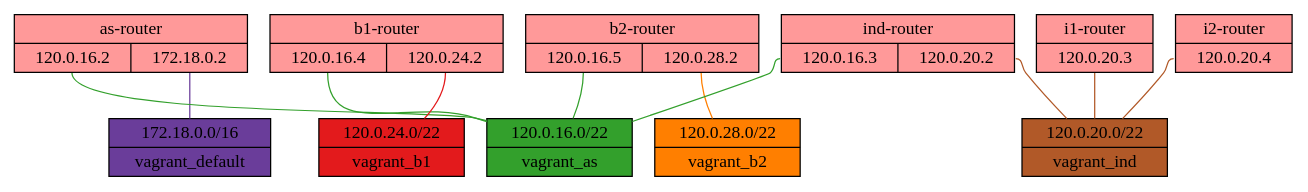
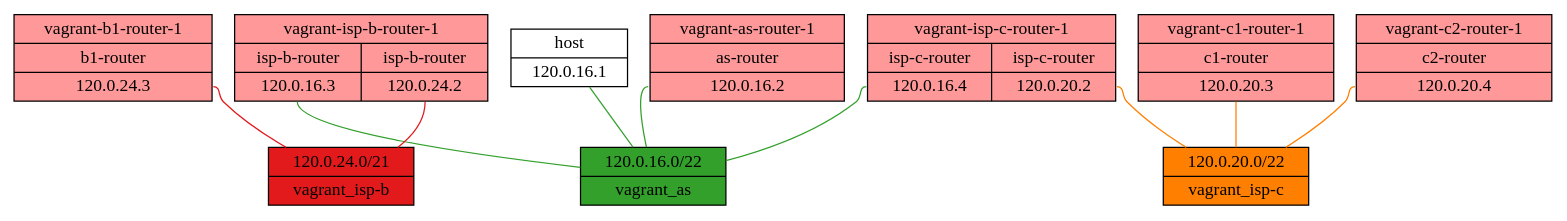
One commit to NextFire-N7/projet-interco changed the diagram in network.dot. Above: the diagram before and after it, drawn with Graphviz. The commit also changed 6 other files, not shown here.

```diff
--- a/network.dot
+++ b/network.dot
@@ -1,27 +1,25 @@
 # https://github.com/LeoVerto/docker-network-graph
 # https://dreampuf.github.io/GraphvizOnline/
 // Docker Network Graph
 graph {
     graph [splines=true]
-    network_vagrant_default [label="{<gw_iface> 172.18.0.0/16 | vagrant_default}" fillcolor="#6a3d9a" shape=record style=filled]
     network_vagrant_as [label="{<gw_iface> 120.0.16.0/22 | vagrant_as}" fillcolor="#33a02c" shape=record style=filled]
-    network_vagrant_b1 [label="{<gw_iface> 120.0.24.0/22 | vagrant_b1}" fillcolor="#e31a1c" shape=record style=filled]
-    network_vagrant_b2 [label="{<gw_iface> 120.0.28.0/22 | vagrant_b2}" fillcolor="#ff7f00" shape=record style=filled]
-    network_vagrant_ind [label="{<gw_iface> 120.0.20.0/22 | vagrant_ind}" fillcolor="#b15928" shape=record style=filled]
-    container_94639efef6af9bc81b43ac01e9411e8b4b97b6d1c377c703d4fd4b51c6c526e0 [label="{ as-router | { {<90d41626e48d83ead48fdd81927ce5f19c1b63fb81a35a62878c40a24300415b> 120.0.16.2 } | {<fe1ef3e69c0ba39441c9320369e1f7e9185e9d3199c4e52b6daeb23b2be38f64> 172.18.0.2 } } }" fillcolor="#ff9999" shape=record style=filled]
-    container_a895f2c36a053da53e21c8e72e69a24adc1541a5e5c9349e21762ded24c2bd8a [label="{ b1-router | { {<7f0add78951f739c4037ffef57164e2e13be1b938d7a4d199da67cfc453d9a52> 120.0.16.4 } | {<a541cf95ab9d1b4a625a4c38ad406b99d5818799133414390f2c5fa4b75dbd70> 120.0.24.2 } } }" fillcolor="#ff9999" shape=record style=filled]
-    container_03d92f9dab59406a7c3d5e4e8ac75b2011fbe380d52b2bf1ee6d51683196c5c6 [label="{ b2-router | { {<e40a593bb2a0cbec8e87cd23be0400ff9db0c52f9296a91f4cadf8f55f64a705> 120.0.16.5 } | {<da7a155d7b28e196e03121f9e9181f5e66de54068d9823d6af6d840aaa87c125> 120.0.28.2 } } }" fillcolor="#ff9999" shape=record style=filled]
-    container_4bb8f097b1184ce2111c54ac5271e0bfda8fdff2a31e23c261d30d473f637bc3 [label="{ ind-router | { {<b4d50510bf4151190b71e1dff248f81d269b765f91466fb8fdec8f84f1a10c1d> 120.0.16.3 } | {<1c1c72a1a566856cb031275db3620dd2c84822dc7387f6594631e578eb92cc49> 120.0.20.2 } } }" fillcolor="#ff9999" shape=record style=filled]
-    container_1d0d81aad155caa558934ecc67977a978f9a6567368cb986e62f05b99d05fb1d [label="{ i1-router | { {<319ce3cc1a2b068ad635a4c2903ffca27ddf1287f5d04b32178a15614a622bc8> 120.0.20.3 } } }" fillcolor="#ff9999" shape=record style=filled]
-    container_54d6c452e09a048652f6642e7d07ec7f4650ae1a6b5a6c3d5952b4cac4e3223f [label="{ i2-router | { {<a547f8a3370d10ea36518888509c1bd3ee5b924ec7d7478f05e9056ef34a648d> 120.0.20.4 } } }" fillcolor="#ff9999" shape=record style=filled]
-    container_94639efef6af9bc81b43ac01e9411e8b4b97b6d1c377c703d4fd4b51c6c526e0:fe1ef3e69c0ba39441c9320369e1f7e9185e9d3199c4e52b6daeb23b2be38f64 -- network_vagrant_default [color="#6a3d9a"]
-    container_a895f2c36a053da53e21c8e72e69a24adc1541a5e5c9349e21762ded24c2bd8a:"7f0add78951f739c4037ffef57164e2e13be1b938d7a4d199da67cfc453d9a52" -- network_vagrant_as [color="#33a02c"]
-    container_94639efef6af9bc81b43ac01e9411e8b4b97b6d1c377c703d4fd4b51c6c526e0:"90d41626e48d83ead48fdd81927ce5f19c1b63fb81a35a62878c40a24300415b" -- network_vagrant_as [color="#33a02c"]
-    container_03d92f9dab59406a7c3d5e4e8ac75b2011fbe380d52b2bf1ee6d51683196c5c6:e40a593bb2a0cbec8e87cd23be0400ff9db0c52f9296a91f4cadf8f55f64a705 -- network_vagrant_as [color="#33a02c"]
-    container_4bb8f097b1184ce2111c54ac5271e0bfda8fdff2a31e23c261d30d473f637bc3:b4d50510bf4151190b71e1dff248f81d269b765f91466fb8fdec8f84f1a10c1d -- network_vagrant_as [color="#33a02c"]
-    container_a895f2c36a053da53e21c8e72e69a24adc1541a5e5c9349e21762ded24c2bd8a:a541cf95ab9d1b4a625a4c38ad406b99d5818799133414390f2c5fa4b75dbd70 -- network_vagrant_b1 [color="#e31a1c"]
-    container_03d92f9dab59406a7c3d5e4e8ac75b2011fbe380d52b2bf1ee6d51683196c5c6:da7a155d7b28e196e03121f9e9181f5e66de54068d9823d6af6d840aaa87c125 -- network_vagrant_b2 [color="#ff7f00"]
-    container_54d6c452e09a048652f6642e7d07ec7f4650ae1a6b5a6c3d5952b4cac4e3223f:a547f8a3370d10ea36518888509c1bd3ee5b924ec7d7478f05e9056ef34a648d -- network_vagrant_ind [color="#b15928"]
-    container_1d0d81aad155caa558934ecc67977a978f9a6567368cb986e62f05b99d05fb1d:"319ce3cc1a2b068ad635a4c2903ffca27ddf1287f5d04b32178a15614a622bc8" -- network_vagrant_ind [color="#b15928"]
-    container_4bb8f097b1184ce2111c54ac5271e0bfda8fdff2a31e23c261d30d473f637bc3:"1c1c72a1a566856cb031275db3620dd2c84822dc7387f6594631e578eb92cc49" -- network_vagrant_ind [color="#b15928"]
+    "network_vagrant_isp-b" [label="{<gw_iface> 120.0.24.0/21 | vagrant_isp-b}" fillcolor="#e31a1c" shape=record style=filled]
+    "network_vagrant_isp-c" [label="{<gw_iface> 120.0.20.0/22 | vagrant_isp-c}" fillcolor="#ff7f00" shape=record style=filled]
+    container_d1de7e3e9ce3fa1c03647bb9a1c950ac4b4b15358d85dca52f999b27cedc4888 [label="{ vagrant-isp-b-router-1 | { { isp-b-router |<6a87d20a534afd9f1e2dcc192b7a10bb7fae614210174230a90a6f3b30e7a034> 120.0.16.3 } | { isp-b-router |<78d1fae25dddd14ed39f817dec1077d0b62613c8db639d7d84afa3ddfbdbd58d> 120.0.24.2 } } }" fillcolor="#ff9999" shape=record style=filled]
+    container_80a2c4571d3a4b639401c945282d9ecdf785ee18458ad3063e7647a21eb877e0 [label="{ vagrant-c2-router-1 | { { c2-router |<49dc7e2778f074caedab119cc9f98f92c278d8cc63051248e650e8e7d1a0c61e> 120.0.20.4 } } }" fillcolor="#ff9999" shape=record style=filled]
+    container_7f68a345bb996dc3c82da9b1328b3c501e387d5b71ef8f3ad7dfaaffba0dabc3 [label="{ vagrant-b1-router-1 | { { b1-router |<833284fc652534bdd58fd68e45e9a7e793dcdcd97fdba373b7e84f367767434c> 120.0.24.3 } } }" fillcolor="#ff9999" shape=record style=filled]
+    container_16c410b5b49fdae10acceb4ba2d914b8695a2a76b215dc0337872623839d1574 [label="{ vagrant-isp-c-router-1 | { { isp-c-router |<2f398b36c637a2591934b9e5bb5fa51962bfecf5aca749db67c829c67df5a8c9> 120.0.16.4 } | { isp-c-router |<d8221d46325e4f6f30791035b943ca6fa477d04e2fdc62f38c307f5d8ef92a7d> 120.0.20.2 } } }" fillcolor="#ff9999" shape=record style=filled]
+    container_81318318d3b214edf2919060c56f6d514bc66772a6a484a98f0276035f90188a [label="{ vagrant-c1-router-1 | { { c1-router |<5d50a019e950dbc1d5fbdfb8da0fcdeebb3e8c4e5e7da9eb50f8eea08dfec390> 120.0.20.3 } } }" fillcolor="#ff9999" shape=record style=filled]
+    container_3d0e77a50a7080c346a547ce772e2d0cd0d9090756294e7ab258e51f00cda5a8 [label="{ vagrant-as-router-1 | { { as-router |<14b3a191d45f6ec2f2017bfefdc923efca02a1d99c2528346497de1b4984e8f6> 120.0.16.2 } } }" fillcolor="#ff9999" shape=record style=filled]
+    host [label="{ host | 120.0.16.1 }" fillcolor="#ffffff" shape=record style=filled]
+    container_d1de7e3e9ce3fa1c03647bb9a1c950ac4b4b15358d85dca52f999b27cedc4888:"6a87d20a534afd9f1e2dcc192b7a10bb7fae614210174230a90a6f3b30e7a034" -- network_vagrant_as [color="#33a02c"]
+    container_d1de7e3e9ce3fa1c03647bb9a1c950ac4b4b15358d85dca52f999b27cedc4888:"78d1fae25dddd14ed39f817dec1077d0b62613c8db639d7d84afa3ddfbdbd58d" -- "network_vagrant_isp-b" [color="#e31a1c"]
+    container_80a2c4571d3a4b639401c945282d9ecdf785ee18458ad3063e7647a21eb877e0:"49dc7e2778f074caedab119cc9f98f92c278d8cc63051248e650e8e7d1a0c61e" -- "network_vagrant_isp-c" [color="#ff7f00"]
+    container_7f68a345bb996dc3c82da9b1328b3c501e387d5b71ef8f3ad7dfaaffba0dabc3:"833284fc652534bdd58fd68e45e9a7e793dcdcd97fdba373b7e84f367767434c" -- "network_vagrant_isp-b" [color="#e31a1c"]
+    container_16c410b5b49fdae10acceb4ba2d914b8695a2a76b215dc0337872623839d1574:"2f398b36c637a2591934b9e5bb5fa51962bfecf5aca749db67c829c67df5a8c9" -- network_vagrant_as [color="#33a02c"]
+    container_16c410b5b49fdae10acceb4ba2d914b8695a2a76b215dc0337872623839d1574:d8221d46325e4f6f30791035b943ca6fa477d04e2fdc62f38c307f5d8ef92a7d -- "network_vagrant_isp-c" [color="#ff7f00"]
+    container_81318318d3b214edf2919060c56f6d514bc66772a6a484a98f0276035f90188a:"5d50a019e950dbc1d5fbdfb8da0fcdeebb3e8c4e5e7da9eb50f8eea08dfec390" -- "network_vagrant_isp-c" [color="#ff7f00"]
+    container_3d0e77a50a7080c346a547ce772e2d0cd0d9090756294e7ab258e51f00cda5a8:"14b3a191d45f6ec2f2017bfefdc923efca02a1d99c2528346497de1b4984e8f6" -- network_vagrant_as [color="#33a02c"]
+    host -- network_vagrant_as [color="#33a02c"]
 }
```
